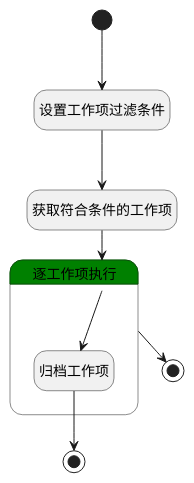
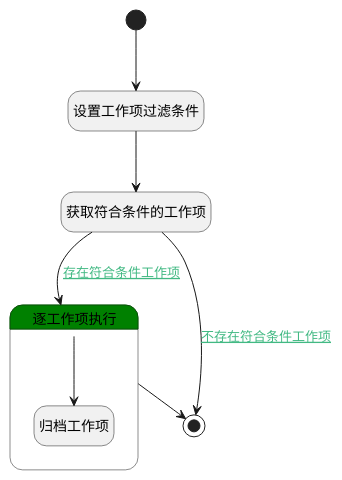
One commit to iBizLab/plm changed the diagram in doc/docsify/module/Base/template_flow/logic/turn_work_item_archived.md. Above: the diagram before and after it, drawn with PlantUML. The commit also changed other lines of this file and 2344 other files, not shown here.

````diff
--- a/doc/docsify/module/Base/template_flow/logic/turn_work_item_archived.md
+++ b/doc/docsify/module/Base/template_flow/logic/turn_work_item_archived.md
@@ -7,30 +7,29 @@
 ```plantuml
 @startuml
 hide empty description
 <style>
 root {
   HyperlinkColor #42b983
 }
 </style>
 
 hide empty description
 state "开始" as Begin <<start>> [[$./turn_work_item_archived#begin {"开始"}]]
 state "设置工作项过滤条件" as PREPAREPARAM1  [[$./turn_work_item_archived#prepareparam1 {"设置工作项过滤条件"}]]
 state "获取符合条件的工作项" as DEDATASET1  [[$./turn_work_item_archived#dedataset1 {"获取符合条件的工作项"}]]
 state "结束" as END2 <<end>> [[$./turn_work_item_archived#end2 {"结束"}]]
-state "结束" as END1 <<end>> [[$./turn_work_item_archived#end1 {"结束"}]]
 state "逐工作项执行" as LOOPSUBCALL1  [[$./turn_work_item_archived#loopsubcall1 {"逐工作项执行"}]] #green {
 state "归档工作项" as DEACTION1  [[$./turn_work_item_archived#deaction1 {"归档工作项"}]]
 }
 
 
 Begin --> PREPAREPARAM1
 PREPAREPARAM1 --> DEDATASET1
-DEDATASET1 --> LOOPSUBCALL1
+DEDATASET1 --> LOOPSUBCALL1 : [[$./turn_work_item_archived#dedataset1-loopsubcall1{存在符合条件工作项} 存在符合条件工作项]]
 LOOPSUBCALL1 --> DEACTION1
-DEACTION1 --> END1
 LOOPSUBCALL1 --> END2
+DEDATASET1 --> END2 : [[$./turn_work_item_archived#dedataset1-end2{不存在符合条件工作项} 不存在符合条件工作项]]
 
 
 @enduml
 ```
````
